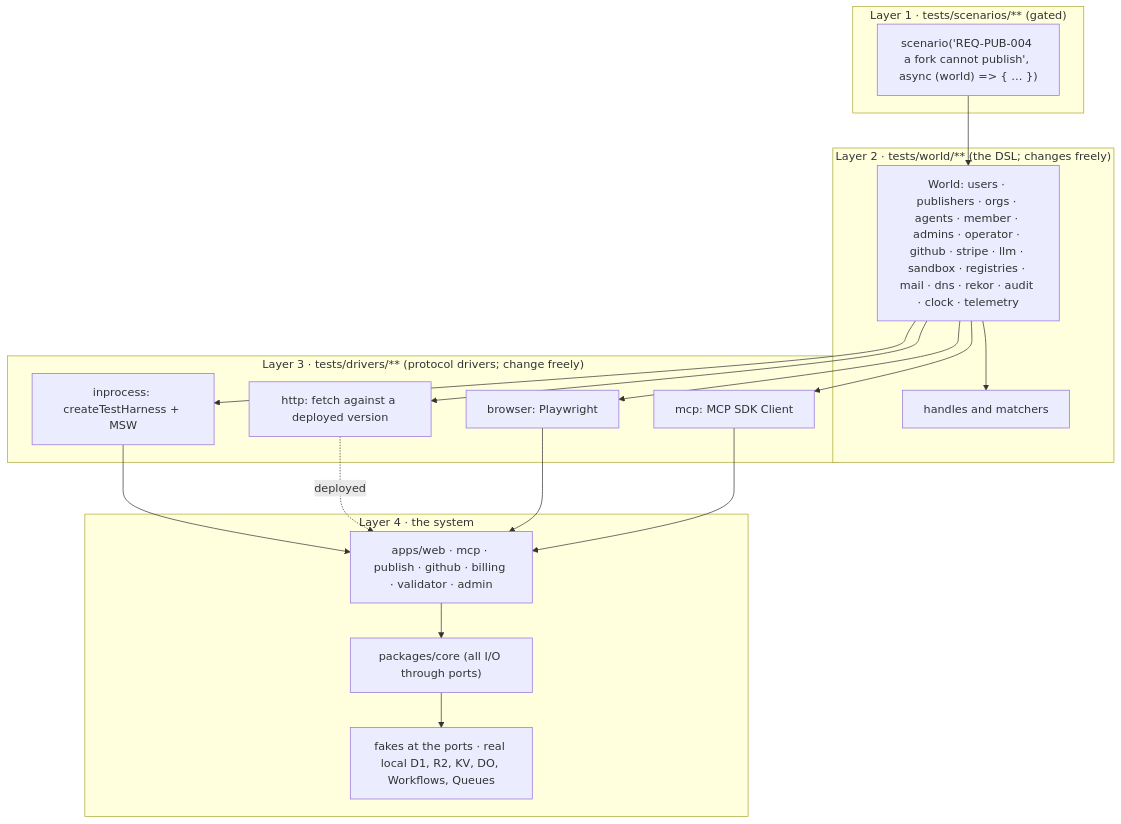
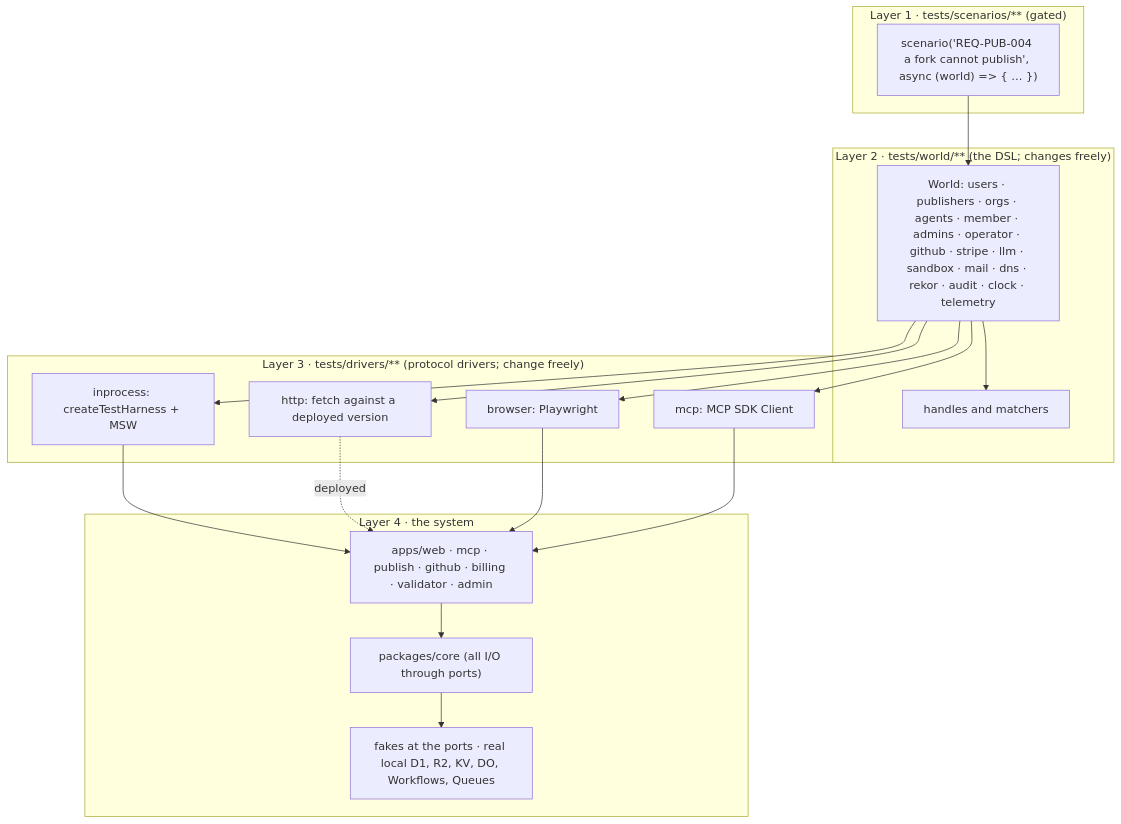
Before and after one commit to Claudinite/PackServer: the diagram in docs/testing/README.md, drawn with Mermaid. The commit also changed other lines of this file and 9 other files, not shown here.

````diff
--- a/docs/testing/README.md
+++ b/docs/testing/README.md
@@ -53,28 +53,28 @@
 ```mermaid
 flowchart TB
   subgraph L1["Layer 1 · tests/scenarios/**  (gated)"]
     S["scenario('REQ-PUB-004 a fork cannot publish', async (world) => { … })"]
   end
   subgraph L2["Layer 2 · tests/world/**  (the DSL; changes freely)"]
-    W["World: users · publishers · orgs · agents · member · admins · operator · github · stripe · llm · sandbox · registries · mail · dns · rekor · audit · clock · telemetry"]
+    W["World: users · publishers · orgs · agents · member · admins · operator · github · stripe · llm · sandbox · mail · dns · rekor · audit · clock · telemetry"]
     M["handles and matchers"]
   end
   subgraph L3["Layer 3 · tests/drivers/**  (protocol drivers; change freely)"]
     D1["inprocess: createTestHarness + MSW"]
     D2["http: fetch against a deployed version"]
     D3["browser: Playwright"]
     D4["mcp: MCP SDK Client"]
   end
   subgraph L4["Layer 4 · the system"]
     A["apps/web · mcp · publish · github · billing · validator · admin"]
     C["packages/core (all I/O through ports)"]
     F["fakes at the ports · real local D1, R2, KV, DO, Workflows, Queues"]
   end
   S --> W --> M
   W --> D1 & D2 & D3 & D4
   D1 --> A
   D2 -.deployed.-> A
   D3 --> A
   D4 --> A
   A --> C --> F
 ```
````
